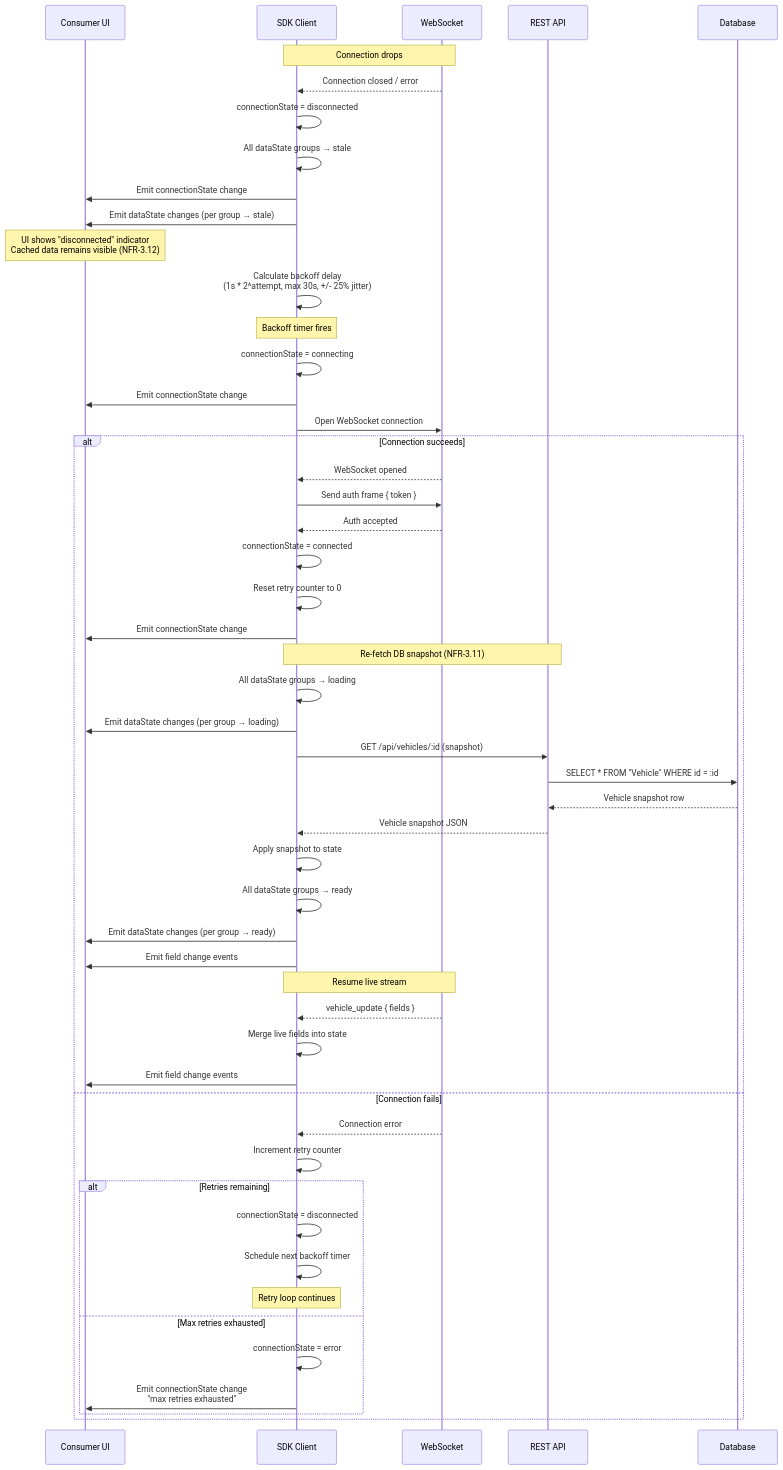
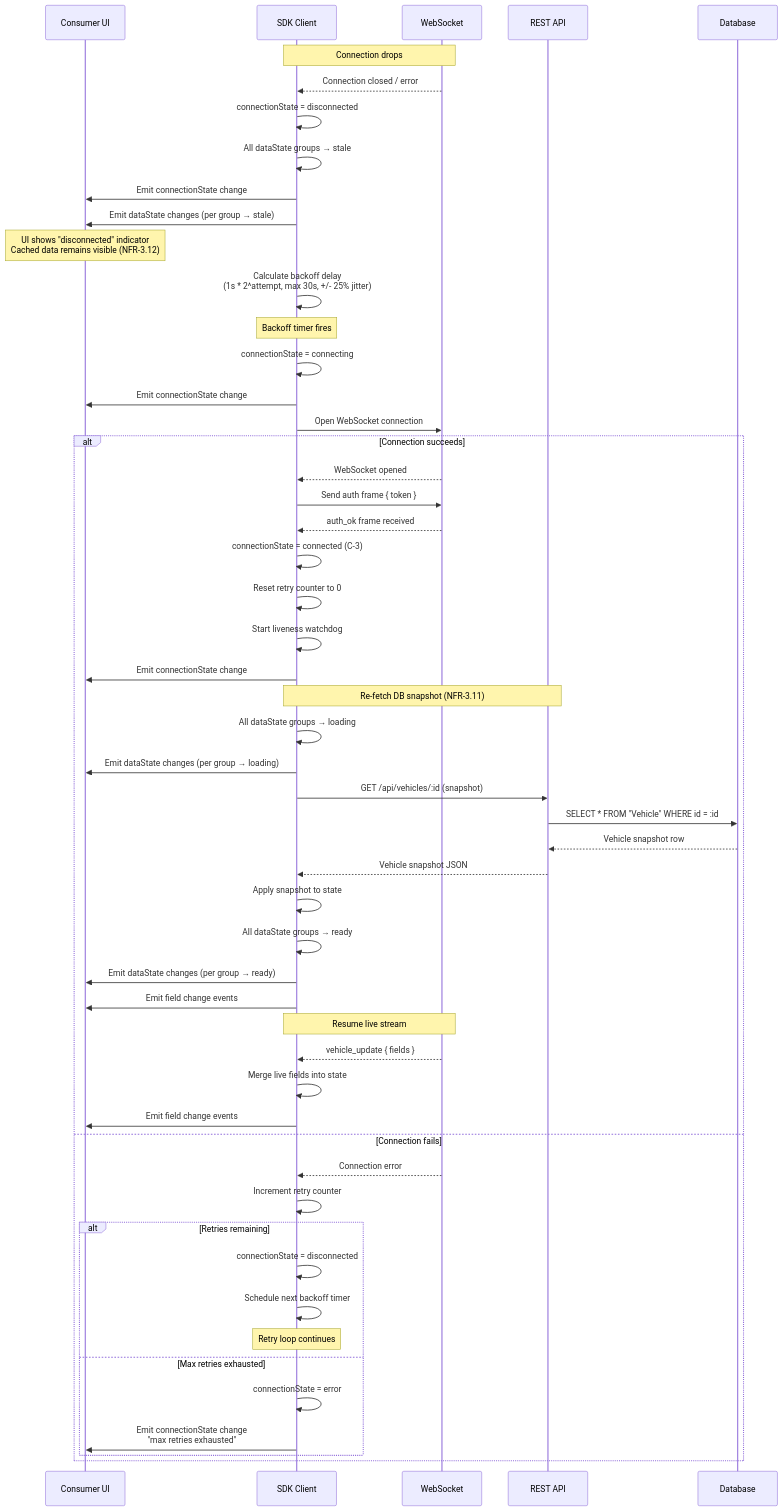
Before and after one commit to tnando/my-robo-taxi-telemetry: the fourth of 4 diagrams in docs/contracts/state-machine.md, drawn with Mermaid. The commit also changed other lines of this file and 1 other file, not shown here.

First line of the commit message:
MYR-31 Amend C-3 trigger from first-frame to auth_ok receipt (DV-15) (#171)

````diff
--- a/docs/contracts/state-machine.md
+++ b/docs/contracts/state-machine.md
@@ -311,62 +320,63 @@
 ```mermaid
 sequenceDiagram
     participant UI as Consumer UI
     participant SDK as SDK Client
     participant WS as WebSocket
     participant API as REST API
     participant DB as Database
 
     Note over SDK,WS: Connection drops
     WS-->>SDK: Connection closed / error
     SDK->>SDK: connectionState = disconnected
     SDK->>SDK: All dataState groups → stale
     SDK->>UI: Emit connectionState change
     SDK->>UI: Emit dataState changes (per group → stale)
     Note over UI: UI shows "disconnected" indicator<br/>Cached data remains visible (NFR-3.12)
 
     SDK->>SDK: Calculate backoff delay<br/>(1s * 2^attempt, max 30s, +/- 25% jitter)
 
     Note over SDK: Backoff timer fires
     SDK->>SDK: connectionState = connecting
     SDK->>UI: Emit connectionState change
     SDK->>WS: Open WebSocket connection
 
     alt Connection succeeds
         WS-->>SDK: WebSocket opened
         SDK->>WS: Send auth frame { token }
-        WS-->>SDK: Auth accepted
-        SDK->>SDK: connectionState = connected
+        WS-->>SDK: auth_ok frame received
+        SDK->>SDK: connectionState = connected (C-3)
         SDK->>SDK: Reset retry counter to 0
+        SDK->>SDK: Start liveness watchdog
         SDK->>UI: Emit connectionState change
 
         Note over SDK,API: Re-fetch DB snapshot (NFR-3.11)
         SDK->>SDK: All dataState groups → loading
         SDK->>UI: Emit dataState changes (per group → loading)
         SDK->>API: GET /api/vehicles/:id (snapshot)
         API->>DB: SELECT * FROM "Vehicle" WHERE id = :id
         DB-->>API: Vehicle snapshot row
         API-->>SDK: Vehicle snapshot JSON
 
         SDK->>SDK: Apply snapshot to state
         SDK->>SDK: All dataState groups → ready
         SDK->>UI: Emit dataState changes (per group → ready)
         SDK->>UI: Emit field change events
 
         Note over SDK,WS: Resume live stream
         WS-->>SDK: vehicle_update { fields }
         SDK->>SDK: Merge live fields into state
         SDK->>UI: Emit field change events
 
     else Connection fails
         WS-->>SDK: Connection error
         SDK->>SDK: Increment retry counter
         alt Retries remaining
             SDK->>SDK: connectionState = disconnected
             SDK->>SDK: Schedule next backoff timer
             Note over SDK: Retry loop continues
         else Max retries exhausted
             SDK->>SDK: connectionState = error
             SDK->>UI: Emit connectionState change<br/>"max retries exhausted"
         end
     end
 ```
````
